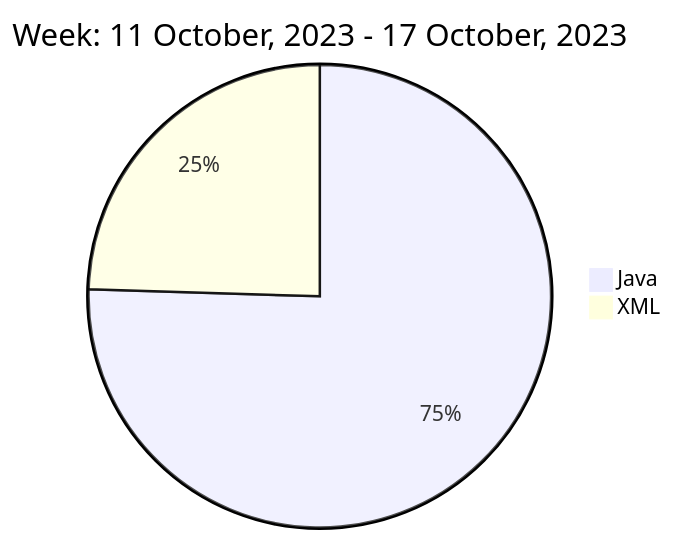
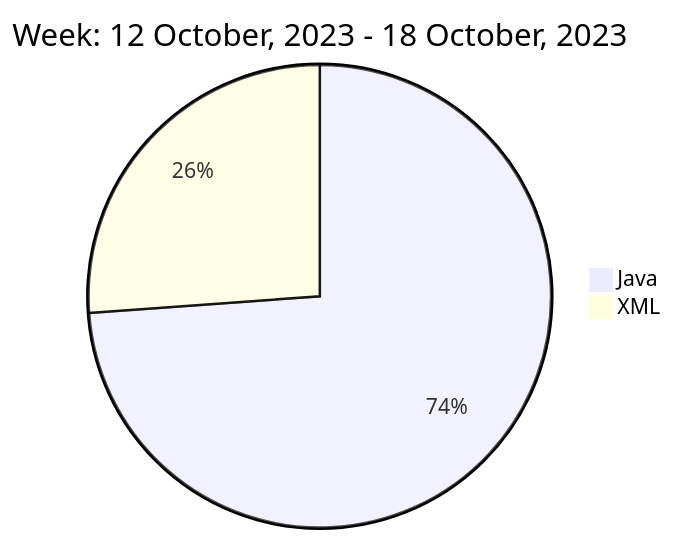
One commit to liubin95/liubin95 changed the diagram in README.md. Above: the diagram before and after it, drawn with Mermaid.

Commit message:
Updated the Graph with new Metrics

````diff
--- a/README.md
+++ b/README.md
@@ -40,6 +40,6 @@
 ```mermaid
  pie
-title Week: 11 October, 2023 - 17 October, 2023
- "Java" : 2.77
- "XML" : 0.9
+title Week: 12 October, 2023 - 18 October, 2023
+ "Java" : 3.05
+ "XML" : 1.08
 ```
````
